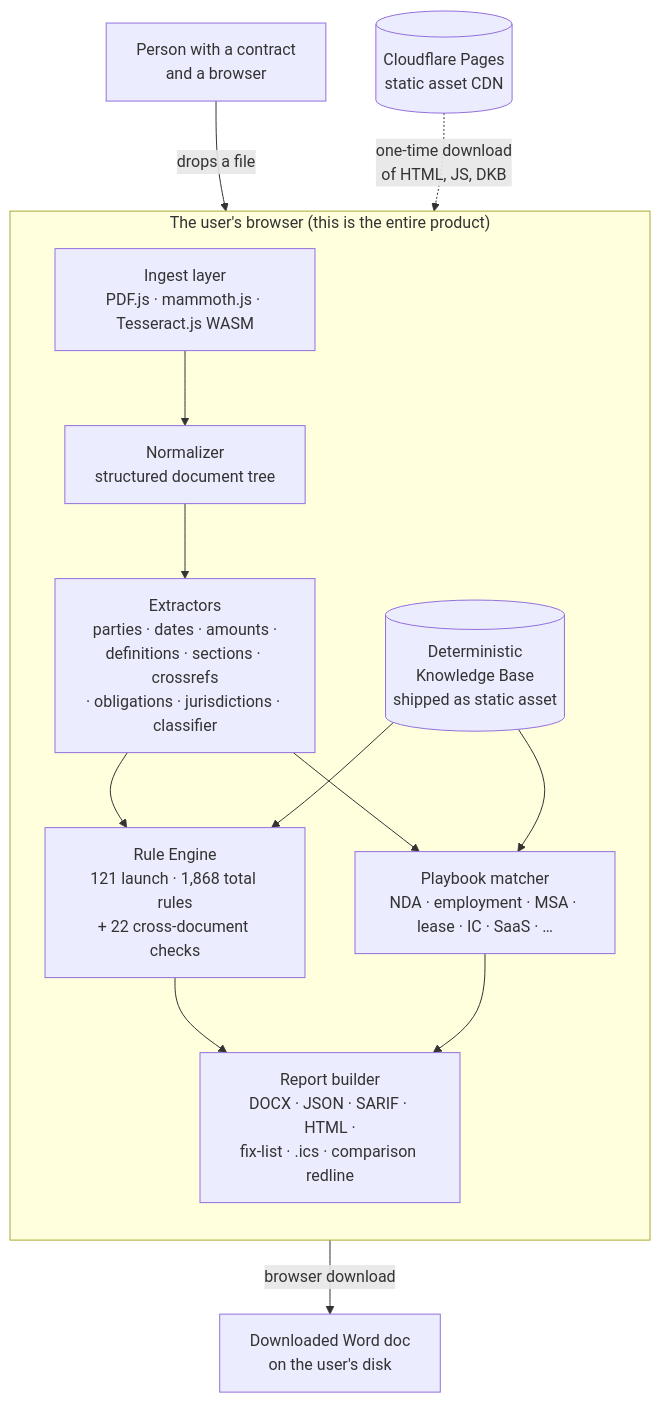
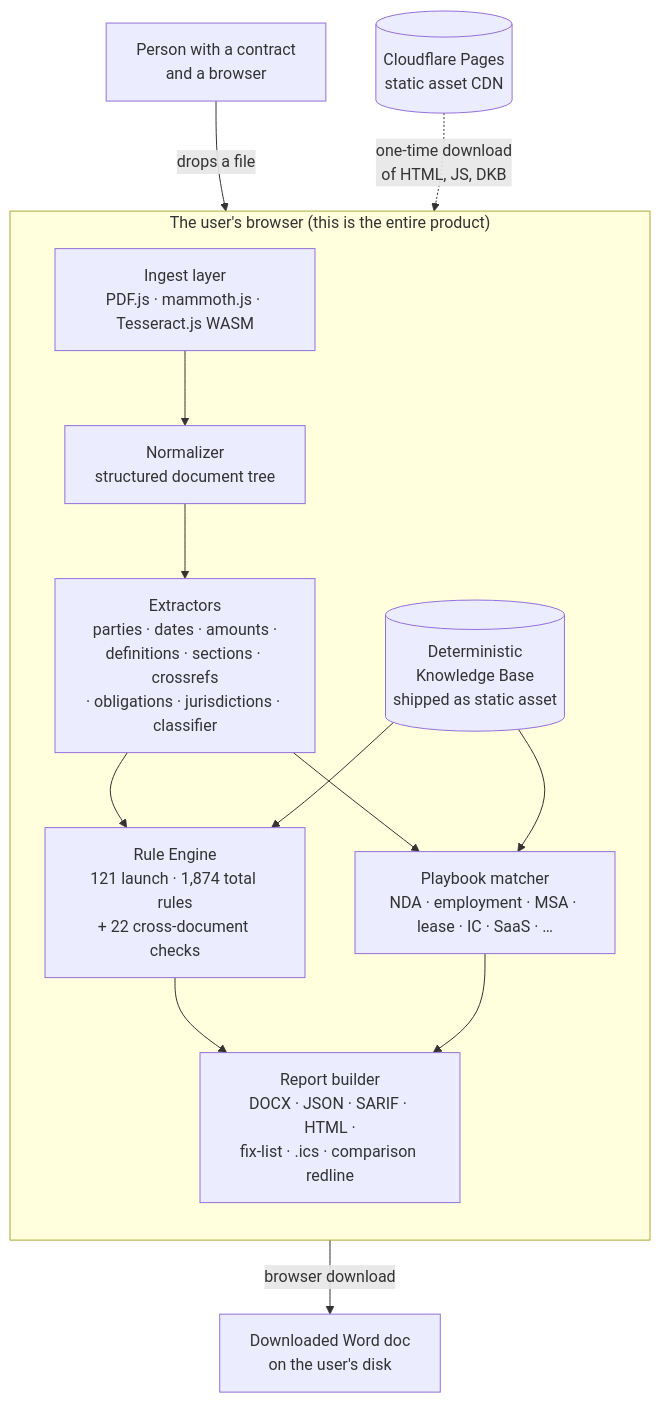
The diagram in docs/architecture.md (clay-good/vaulytica), drawn with Mermaid before and after one commit. The commit also changed other lines of this file and 399 other files, not shown here.

````diff
--- a/docs/architecture.md
+++ b/docs/architecture.md
@@ -5,28 +5,28 @@
 ```mermaid
 flowchart TB
     user[Person with a contract<br/>and a browser]
 
     subgraph browser["The user's browser (this is the entire product)"]
         direction TB
         ingest[Ingest layer<br/>PDF.js · mammoth.js · Tesseract.js WASM]
         normalize[Normalizer<br/>structured document tree]
         extract[Extractors<br/>parties · dates · amounts ·<br/>definitions · sections · crossrefs<br/>· obligations · jurisdictions · classifier]
-        engine[Rule Engine<br/>121 launch · 1,868 total rules<br/>+ 22 cross-document checks]
+        engine[Rule Engine<br/>121 launch · 1,874 total rules<br/>+ 22 cross-document checks]
         playbook[Playbook matcher<br/>NDA · employment · MSA · lease · IC · SaaS · …]
         dkb[(Deterministic<br/>Knowledge Base<br/>shipped as static asset)]
         report[Report builder<br/>DOCX · JSON · SARIF · HTML ·<br/>fix-list · .ics · comparison redline]
     end
 
     cdn[(Cloudflare Pages<br/>static asset CDN)]
     download[Downloaded Word doc<br/>on the user's disk]
 
     user -- "drops a file" --> ingest
     cdn -. "one-time download<br/>of HTML, JS, DKB" .-> browser
     ingest --> normalize --> extract --> engine
     extract --> playbook
     dkb --> engine
     dkb --> playbook
     engine --> report
     playbook --> report
     report -- "browser download" --> download
 ```
````
